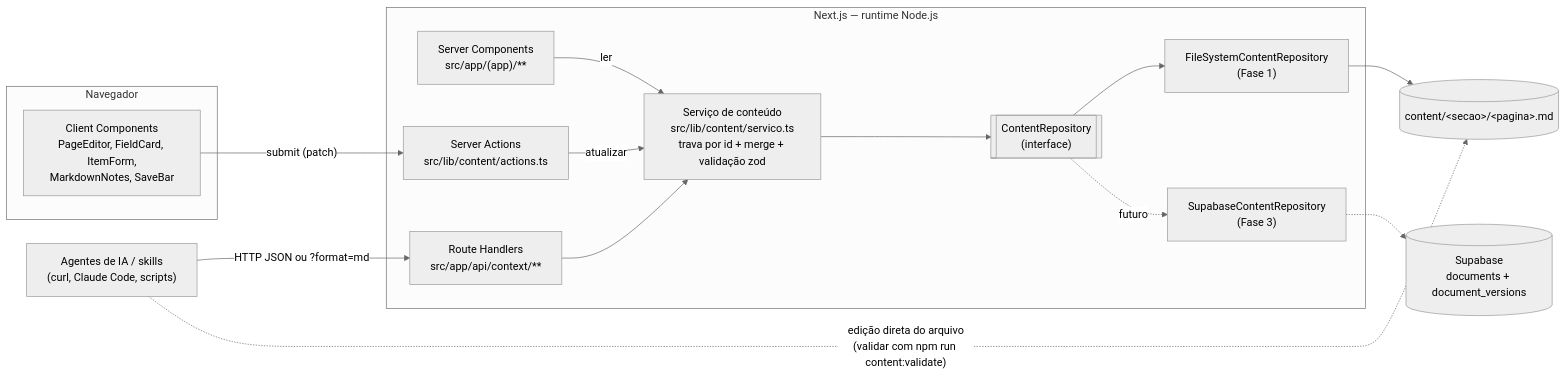
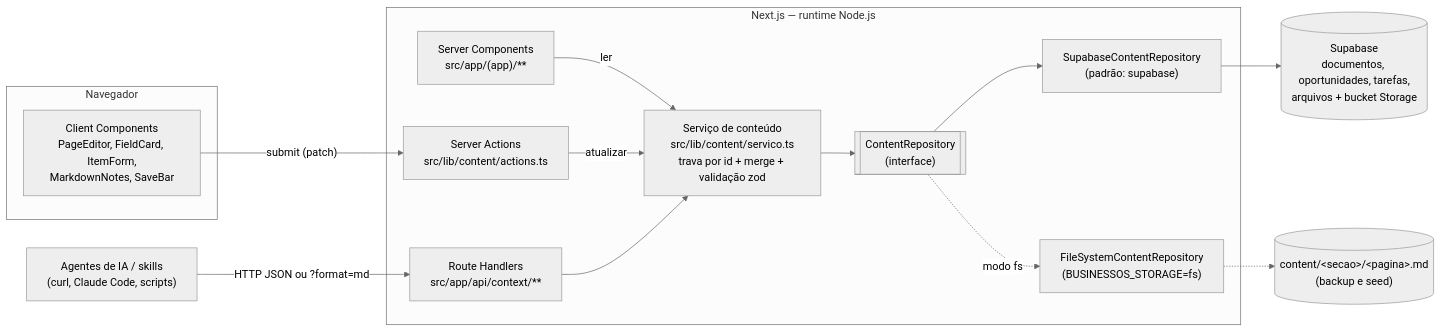
The diagram in docs/03-spec.md (daibrahm-cmd/businessos), drawn with Mermaid (neutral theme) before and after one commit. The commit also changed other lines of this file and 7 other files, not shown here.

````diff
--- a/docs/03-spec.md
+++ b/docs/03-spec.md
@@ -38,30 +38,29 @@
 ```mermaid
 flowchart LR
   subgraph Browser["Navegador"]
     CC["Client Components<br/>PageEditor, FieldCard, ItemForm,<br/>MarkdownNotes, SaveBar"]
   end
 
   subgraph Next["Next.js — runtime Node.js"]
     RSC["Server Components<br/>src/app/(app)/**"]
     SA["Server Actions<br/>src/lib/content/actions.ts"]
     RH["Route Handlers<br/>src/app/api/context/**"]
     SVC["Serviço de conteúdo<br/>src/lib/content/servico.ts<br/>trava por id + merge + validação zod"]
     IFACE[["ContentRepository<br/>(interface)"]]
-    FSR["FileSystemContentRepository<br/>(Fase 1)"]
-    SBR["SupabaseContentRepository<br/>(Fase 3)"]
+    FSR["FileSystemContentRepository<br/>(BUSINESSOS_STORAGE=fs)"]
+    SBR["SupabaseContentRepository<br/>(padrão: supabase)"]
   end
 
-  Files[("content/&lt;secao&gt;/&lt;pagina&gt;.md")]
-  DB[("Supabase<br/>documents + document_versions")]
+  Files[("content/&lt;secao&gt;/&lt;pagina&gt;.md<br/>(backup e seed)")]
+  DB[("Supabase<br/>documentos, oportunidades, tarefas,<br/>arquivos + bucket Storage")]
   Agents["Agentes de IA / skills<br/>(curl, Claude Code, scripts)"]
 
   CC -- "submit (patch)" --> SA
   RSC -- "ler" --> SVC
   SA -- "atualizar" --> SVC
   Agents -- "HTTP JSON ou ?format=md" --> RH
   RH --> SVC
-  Agents -. "edição direta do arquivo<br/>(validar com npm run content:validate)" .-> Files
   SVC --> IFACE
-  IFACE --> FSR --> Files
-  IFACE -. "futuro" .-> SBR -.-> DB
+  IFACE --> SBR --> DB
+  IFACE -. "modo fs" .-> FSR -.-> Files
 ```
````
